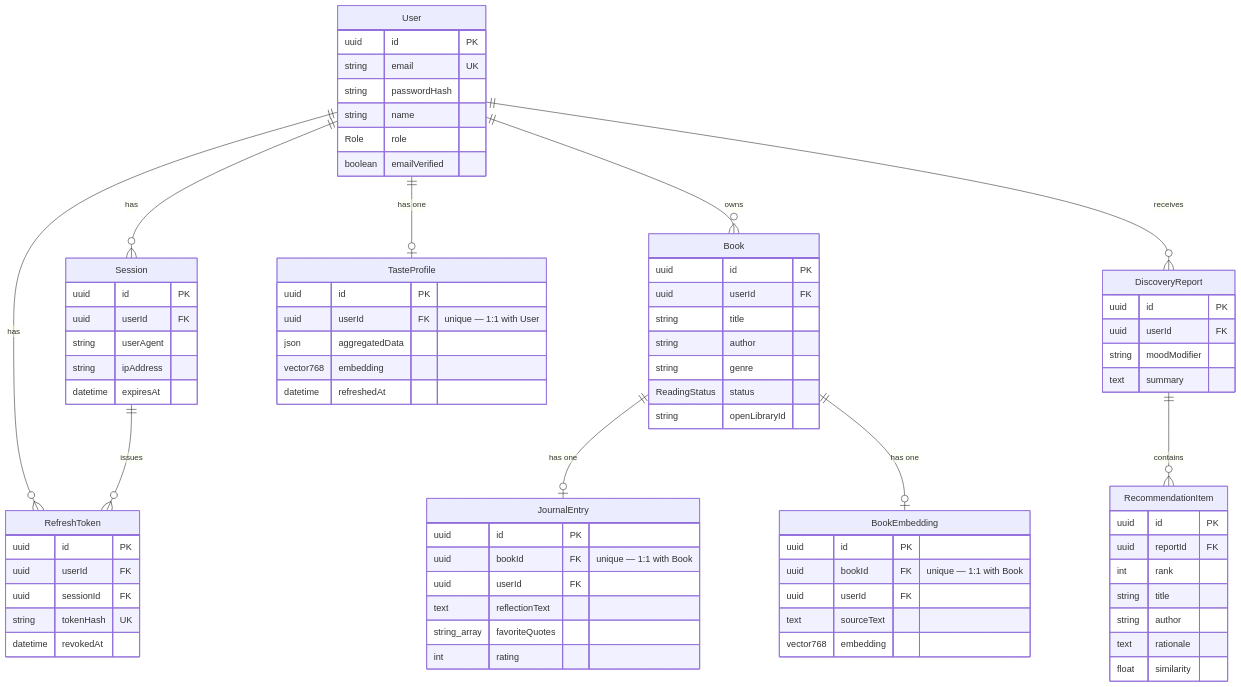
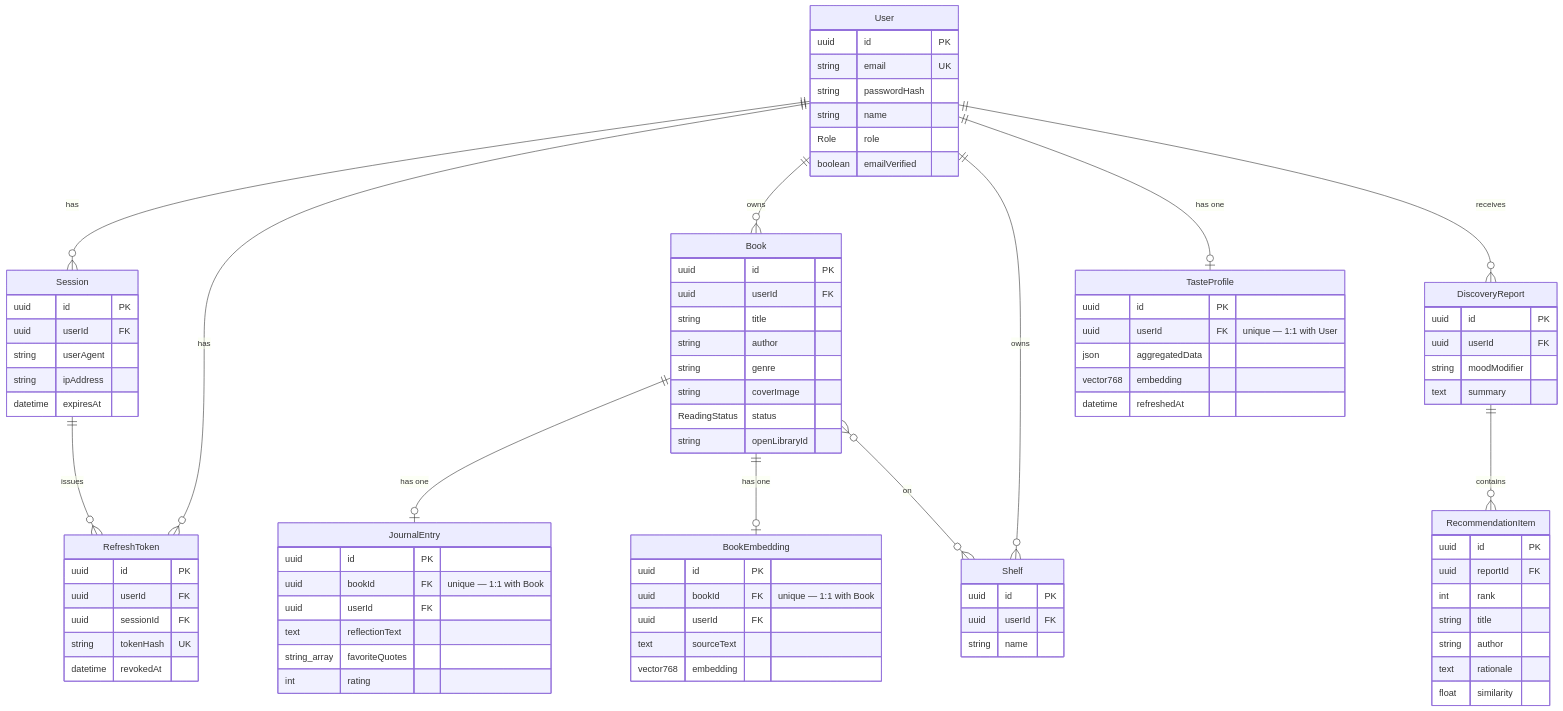
Before and after one commit to MoustafaWehbe/onramp-fp-lib-app: the diagram in ARCHITECTURE.md, drawn with Mermaid. The commit also changed other lines of this file, not shown here.

First line of the commit message:
docs(architecture): add Shelf model, cover image, and shelf-sharing design

```diff
--- a/ARCHITECTURE.md
+++ b/ARCHITECTURE.md
@@ -15,10 +16,12 @@
     User ||--o{ RefreshToken : "has"
     Session ||--o{ RefreshToken : "issues"
     User ||--o{ Book : "owns"
+    User ||--o{ Shelf : "owns"
     User ||--o| TasteProfile : "has one"
     User ||--o{ DiscoveryReport : "receives"
     Book ||--o| JournalEntry : "has one"
     Book ||--o| BookEmbedding : "has one"
+    Book }o--o{ Shelf : "on"
     DiscoveryReport ||--o{ RecommendationItem : "contains"
 
     User {
@@ -49,8 +52,14 @@
         string title
         string author
         string genre
+        string coverImage
         ReadingStatus status
         string openLibraryId
+    }
+    Shelf {
+        uuid id PK
+        uuid userId FK
+        string name
     }
     JournalEntry {
         uuid id PK
```
